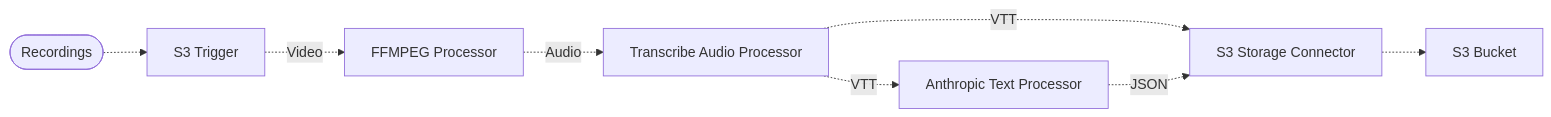
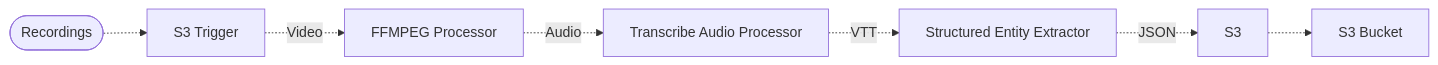
One commit to awslabs/project-lakechain changed the diagram in examples/simple-pipelines/summarization-pipelines/video-summarization-pipeline/README.md. Above: the diagram before and after it, drawn with Mermaid. The commit also changed other lines of this file and 48 other files, not shown here.

Commit message:
feat: add structured entity extractor and examples

````diff
--- a/examples/simple-pipelines/summarization-pipelines/video-summarization-pipeline/README.md
+++ b/examples/simple-pipelines/summarization-pipelines/video-summarization-pipeline/README.md
@@ -7,10 +7,9 @@
 ```mermaid
 flowchart LR
   Input([Recordings]) -.-> Trigger[S3 Trigger]
   Trigger -. Video .-> FFMPEG[FFMPEG Processor]
   FFMPEG -. Audio .-> Transcribe[Transcribe Audio Processor]
-  Transcribe -. VTT .-> Anthropic[Anthropic Text Processor]
-  Transcribe -. VTT .-> S3[S3 Storage Connector]
-  Anthropic -. JSON .-> S3
+  Transcribe -. VTT .-> Extractor[Structured Entity Extractor]
+  Extractor -. JSON .-> S3
   S3 -.-> Bucket[S3 Bucket]
 ```
````
